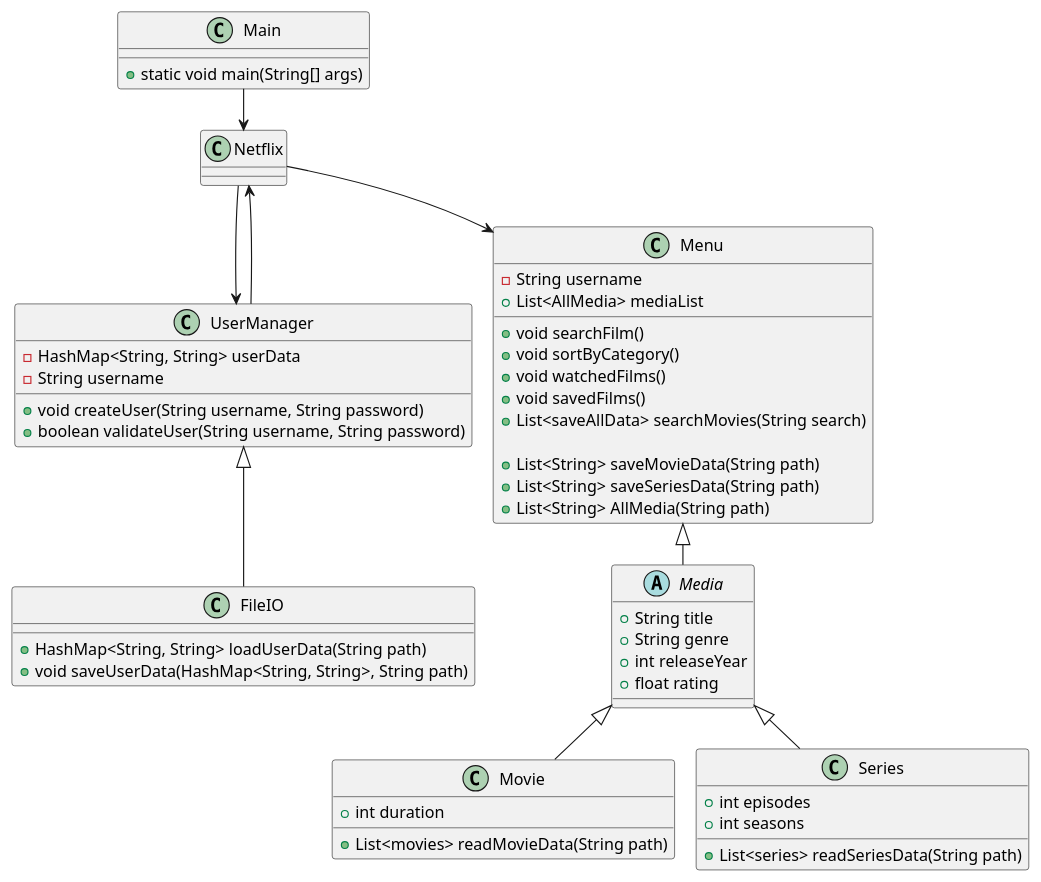
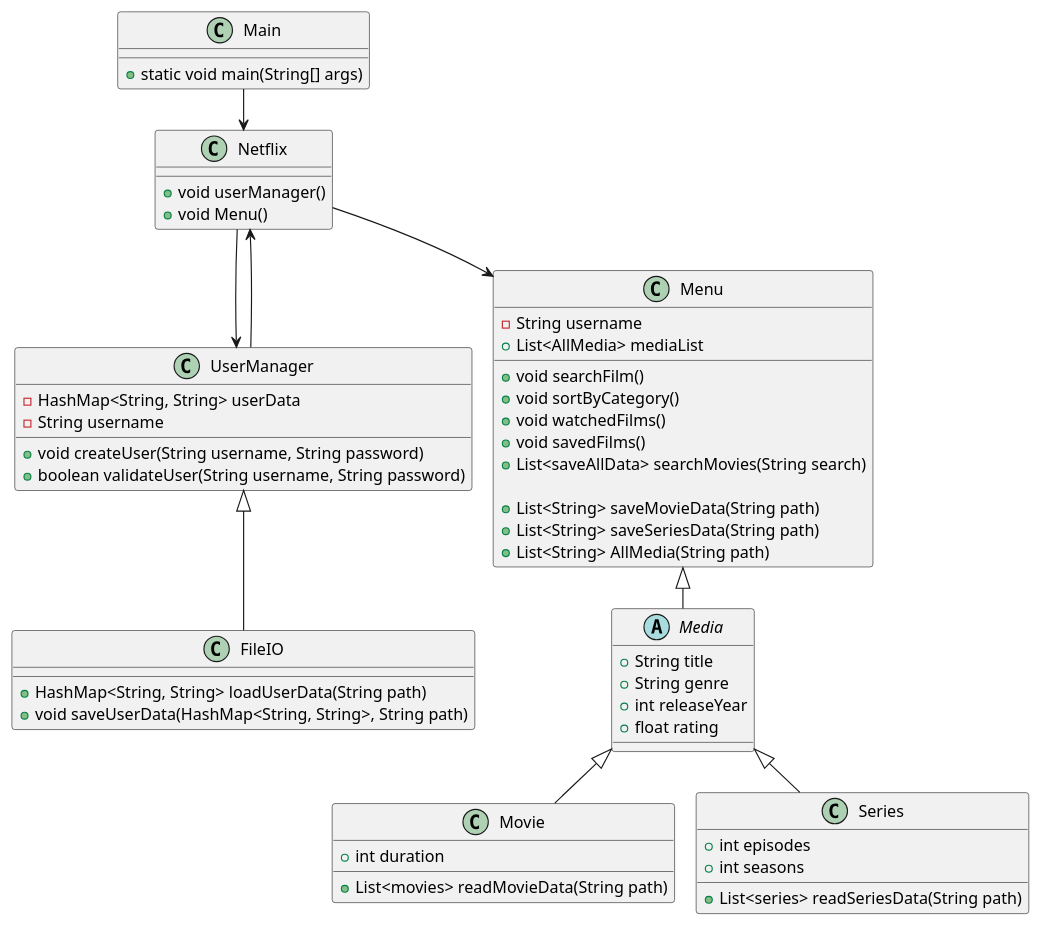
Before and after one commit to MarcusPFF/SP3-StreamingServiceProject: the diagram in doc/classDiagram/classDiagram.puml, drawn with PlantUML.

Commit message:
updates to classDiagram.puml

```diff
--- a/doc/classDiagram/classDiagram.puml
+++ b/doc/classDiagram/classDiagram.puml
@@ -1,69 +1,70 @@
 @startuml
 !pragma layout smetana
 
 class Main {
     + static void main(String[] args)
 }
 
 Main --> Netflix
 
 class Netflix {
 
++ void userManager()
++ void Menu()
+
 }
 
 Netflix --> UserManager
 UserManager --> Netflix
-
-
 
 class UserManager {
     - HashMap<String, String> userData
     - String username
 
     + void createUser(String username, String password)
     + boolean validateUser(String username, String password)
 }
 
 Netflix --> Menu
 
 class Menu {
     - String username
     + List<AllMedia> mediaList
 
     + void searchFilm()
     + void sortByCategory()
     + void watchedFilms()
     + void savedFilms()
     + List<saveAllData> searchMovies(String search)
 
     + List<String> saveMovieData(String path)
     + List<String> saveSeriesData(String path)
     + List<String> AllMedia(String path)
 }
 
 class FileIO extends UserManager {
 
     + HashMap<String, String> loadUserData(String path)
     + void saveUserData(HashMap<String, String>, String path)
 }
 
 abstract class Media extends Menu {
     + String title
     + String genre
     + int releaseYear
     + float rating
 
 
 }
 
 class Movie extends Media {
     + int duration
     + List<movies> readMovieData(String path)
 }
 
 class Series extends Media {
     + int episodes
     + int seasons
     + List<series> readSeriesData(String path)
 }
 @enduml
```
